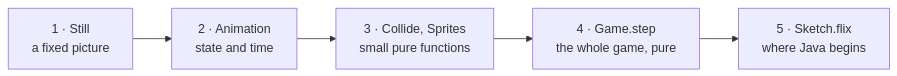
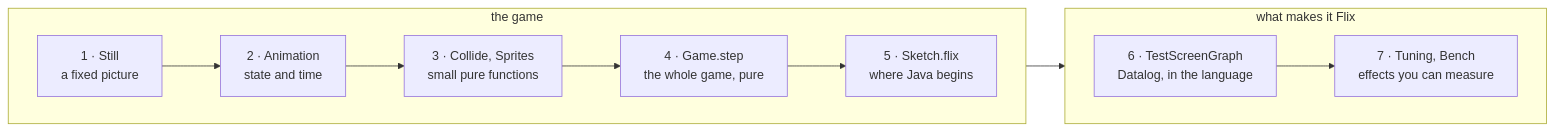
Before and after one commit to wstein/flix-invaders: the first of 6 diagrams in README.md, drawn with Mermaid. The commit also changed other lines of this file and 2 other files, not shown here.

````diff
--- a/README.md
+++ b/README.md
@@ -78,7 +83,15 @@
 ```mermaid
 flowchart LR
-    A["1 · Still<br>a fixed picture"] --> B["2 · Animation<br>state and time"]
-    B --> C["3 · Collide, Sprites<br>small pure functions"]
-    C --> D["4 · Game.step<br>the whole game, pure"]
-    D --> E["5 · Sketch.flix<br>where Java begins"]
+    subgraph build["the game"]
+        direction LR
+        A["1 · Still<br>a fixed picture"] --> B["2 · Animation<br>state and time"]
+        B --> C["3 · Collide, Sprites<br>small pure functions"]
+        C --> D["4 · Game.step<br>the whole game, pure"]
+        D --> E["5 · Sketch.flix<br>where Java begins"]
+    end
+    subgraph flix["what makes it Flix"]
+        direction LR
+        F["6 · TestScreenGraph<br>Datalog, in the language"] --> G["7 · Tuning, Bench<br>effects you can measure"]
+    end
+    E --> F
 ```
````
